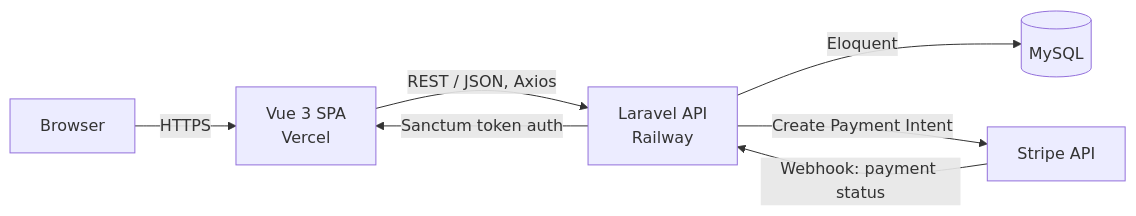
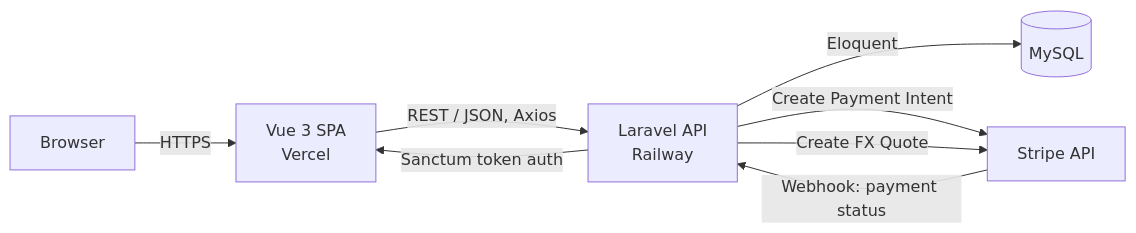
The diagram in README.md (tibor-kovacs-dev/webshop), drawn with Mermaid before and after one commit. The commit also changed other lines of this file and 4 other files, not shown here.

````diff
--- a/README.md
+++ b/README.md
@@ -31,9 +31,10 @@
 ```mermaid
 graph LR
     U[Browser] -->|HTTPS| FE[Vue 3 SPA<br/>Vercel]
     FE -->|REST / JSON, Axios| BE[Laravel API<br/>Railway]
     BE -->|Eloquent| DB[(MySQL)]
     BE -->|Create Payment Intent| ST[Stripe API]
+    BE -->|Create FX Quote| ST
     ST -->|Webhook: payment status| BE
     BE -->|Sanctum token auth| FE
 ```
````
